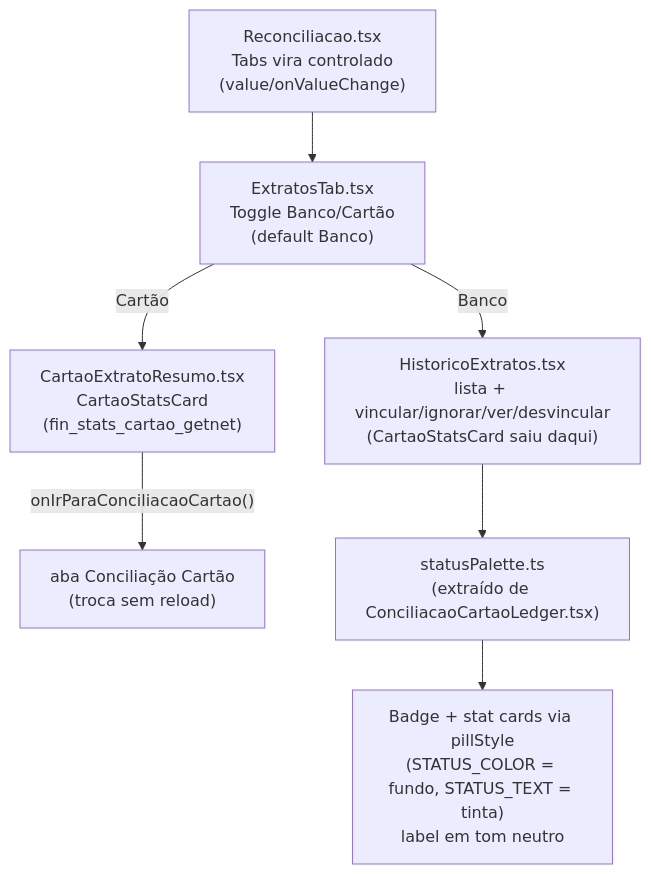
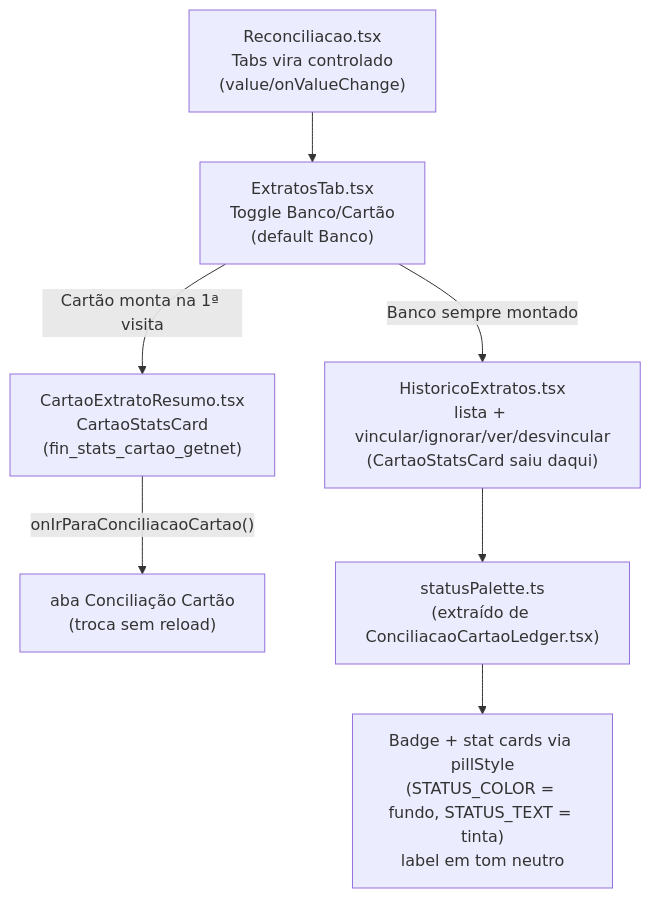
Before and after one commit to adrianoapc/igreja-carvalho: diagram 43 of 43 in docs/diagramas/fluxo-financeiro.md, drawn with Mermaid. The commit also changed 2 other files, not shown here.

Commit message:
fix(financeiro): preserva filtros do Banco ao trocar Banco/Cartão
O ternário em ExtratosTab desmontava HistoricoExtratos ao ir pra Cartão,
zerando mês, conta, busca, status e página. Banco fica sempre montado;
Cartão monta na 1ª visita e permanece (sem disparar Getnet antes disso).

````diff
--- a/docs/diagramas/fluxo-financeiro.md
+++ b/docs/diagramas/fluxo-financeiro.md
@@ -1367,9 +1367,9 @@
 ```mermaid
 flowchart TD
     RECON["Reconciliacao.tsx\nTabs vira controlado\n(value/onValueChange)"] --> EXTRATOS["ExtratosTab.tsx\nToggle Banco/Cartão\n(default Banco)"]
-    EXTRATOS -->|Banco| HIST["HistoricoExtratos.tsx\nlista + vincular/ignorar/ver/desvincular\n(CartaoStatsCard saiu daqui)"]
-    EXTRATOS -->|Cartão| RESUMO["CartaoExtratoResumo.tsx\nCartaoStatsCard\n(fin_stats_cartao_getnet)"]
+    EXTRATOS -->|Banco sempre montado| HIST["HistoricoExtratos.tsx\nlista + vincular/ignorar/ver/desvincular\n(CartaoStatsCard saiu daqui)"]
+    EXTRATOS -->|Cartão monta na 1ª visita| RESUMO["CartaoExtratoResumo.tsx\nCartaoStatsCard\n(fin_stats_cartao_getnet)"]
     RESUMO -->|"onIrParaConciliacaoCartao()"| ANTECIPACAO["aba Conciliação Cartão\n(troca sem reload)"]
     HIST --> PALETA["statusPalette.ts\n(extraído de ConciliacaoCartaoLedger.tsx)"]
     PALETA --> BADGE["Badge + stat cards via pillStyle\n(STATUS_COLOR = fundo, STATUS_TEXT = tinta)\nlabel em tom neutro"]
 ```
````
